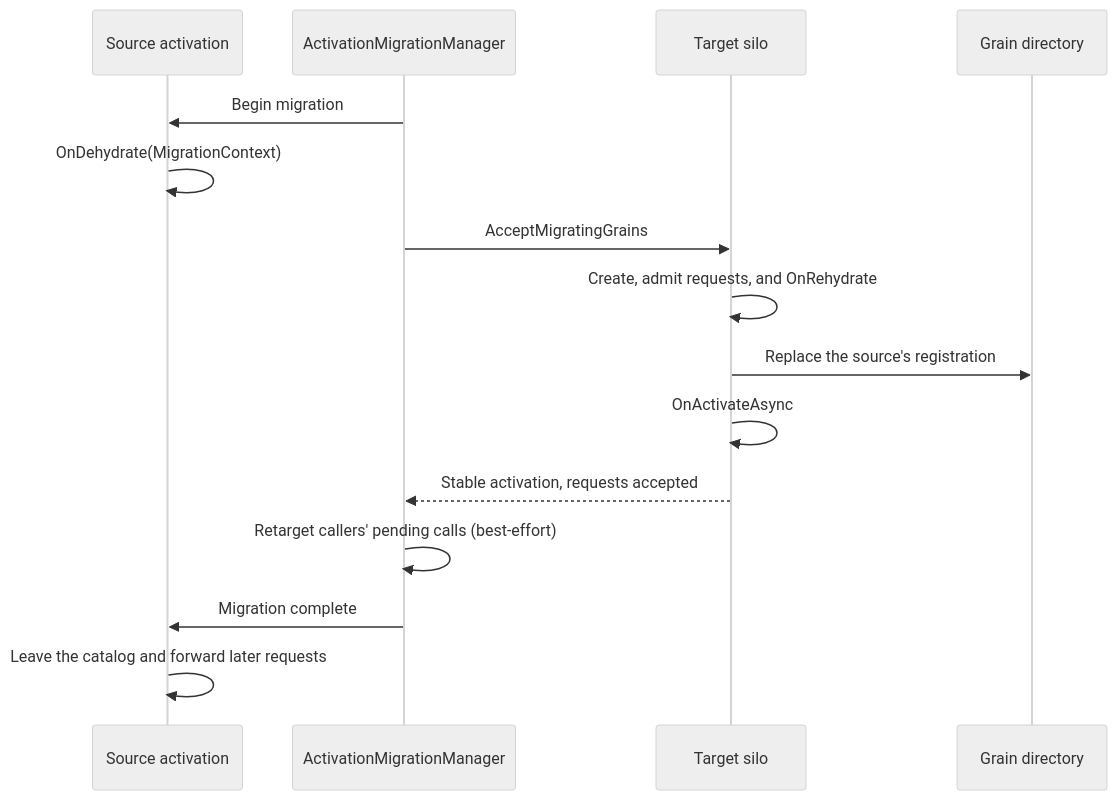
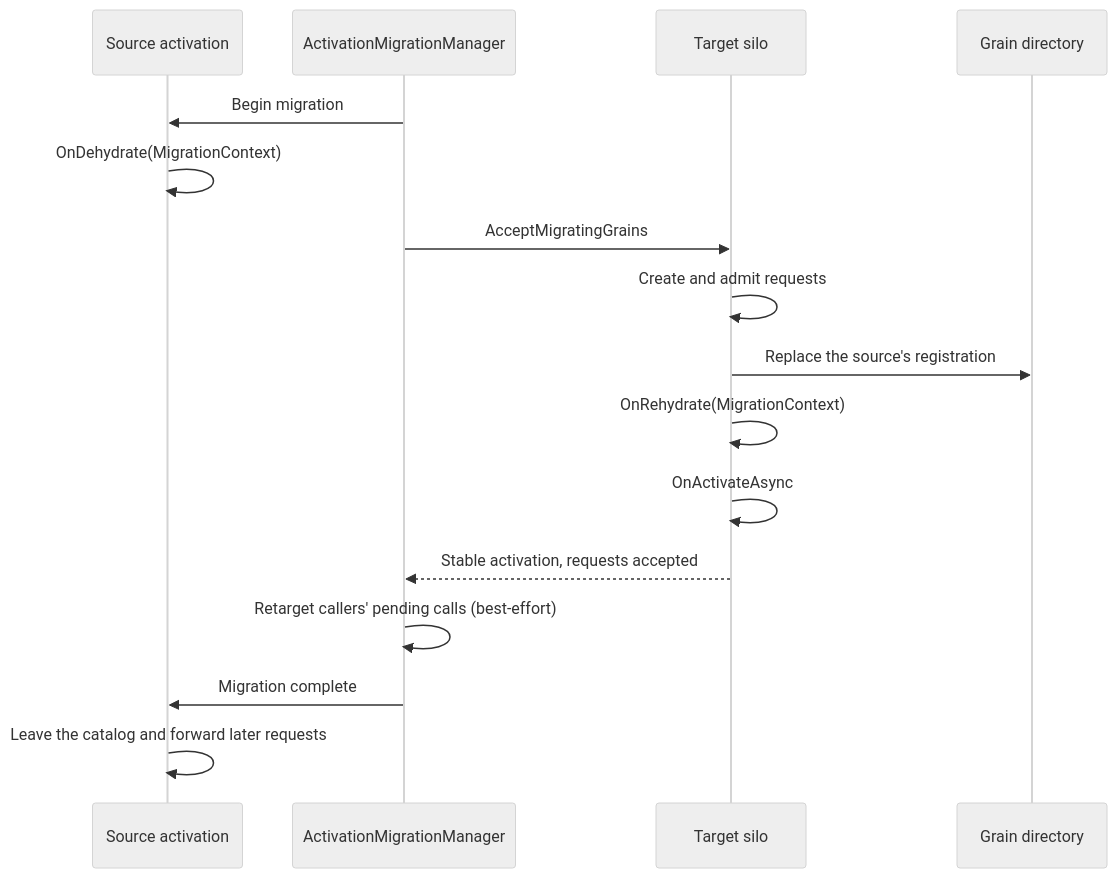
Before and after one commit to dotnet/orleans: the second of 2 diagrams in docs/site/src/content/docs/implementation/activation-lifecycle.md, drawn with Mermaid (neutral theme). The commit also changed other lines of this file and 9 other files, not shown here.

````diff
--- a/docs/site/src/content/docs/implementation/activation-lifecycle.md
+++ b/docs/site/src/content/docs/implementation/activation-lifecycle.md
@@ -72,18 +110,19 @@
 ```mermaid
 sequenceDiagram
     participant Source as Source activation
     participant Manager as ActivationMigrationManager
     participant Target as Target silo
     participant Directory as Grain directory
 
     Manager->>Source: Begin migration
     Source->>Source: OnDehydrate(MigrationContext)
     Manager->>Target: AcceptMigratingGrains
-    Target->>Target: Create, admit requests, and OnRehydrate
+    Target->>Target: Create and admit requests
     Target->>Directory: Replace the source's registration
+    Target->>Target: OnRehydrate(MigrationContext)
     Target->>Target: OnActivateAsync
     Target-->>Manager: Stable activation, requests accepted
     Manager->>Manager: Retarget callers' pending calls (best-effort)
     Manager->>Source: Migration complete
     Source->>Source: Leave the catalog and forward later requests
 ```
````
